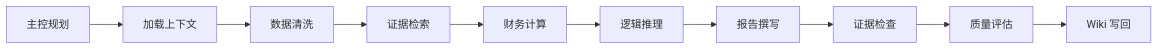
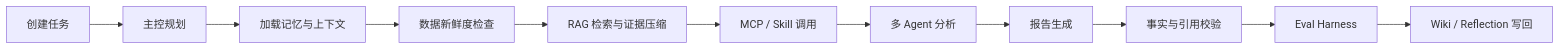
The second of 2 diagrams in README.md (ljt-sss/A_stock_analysis_agent), drawn with Mermaid before and after one commit. The commit also changed other lines of this file and 1 other file, not shown here.

First line of the commit message:
Refine financial agent harness documentation.

````diff
--- a/README.md
+++ b/README.md
@@ -73,12 +139,13 @@
 ```mermaid
 flowchart LR
-    A["主控规划"] --> B["加载上下文"]
-    B --> C["数据清洗"]
-    C --> D["证据检索"]
-    D --> E["财务计算"]
-    E --> F["逻辑推理"]
-    F --> G["报告撰写"]
-    G --> H["证据检查"]
-    H --> I["质量评估"]
-    I --> J["Wiki 写回"]
+    A["创建任务"] --> B["主控规划"]
+    B --> C["加载记忆与上下文"]
+    C --> D["数据新鲜度检查"]
+    D --> E["RAG 检索与证据压缩"]
+    E --> F["MCP / Skill 调用"]
+    F --> G["多 Agent 分析"]
+    G --> H["报告生成"]
+    H --> I["事实与引用校验"]
+    I --> J["Eval Harness"]
+    J --> K["Wiki / Reflection 写回"]
 ```
````
